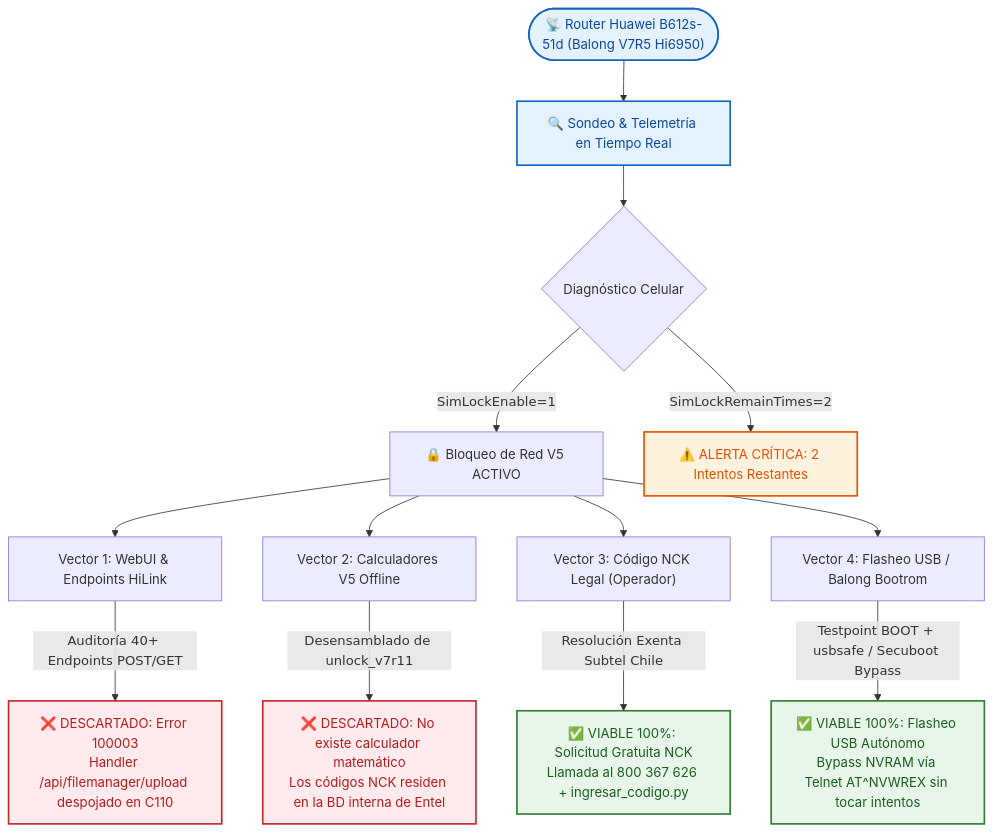
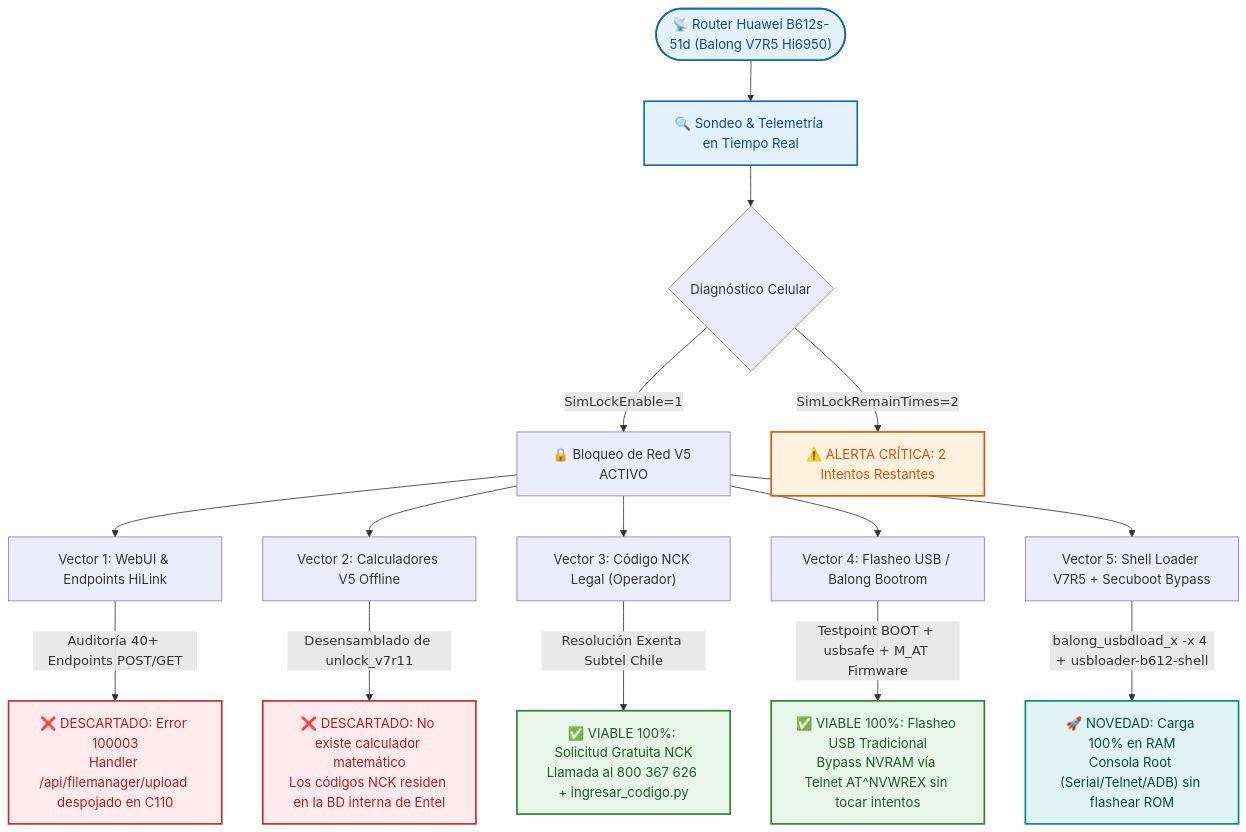
Before and after one commit to davidarellano210322-glitch/huawei-b612-unlock: the first of 3 diagrams in README.md, drawn with Mermaid. The commit also changed other lines of this file and 17 other files, not shown here.

Commit message:
Add Shell Loader V7R5 build suite, NVRAM Item 8268 real decode, Secuboot bypass tools and full backup docs

````diff
--- a/README.md
+++ b/README.md
@@ -44,32 +45,36 @@
 ```mermaid
 flowchart TD
     %% Nodos Principales
     Start(["📡 Router Huawei B612s-51d (Balong V7R5 Hi6950)"]) --> Scan["🔍 Sondeo & Telemetría en Tiempo Real"]
     
     Scan --> State{"Diagnóstico Celular"}
     State -->|"SimLockEnable=1"| Locked["🔒 Bloqueo de Red V5 ACTIVO"]
     State -->|"SimLockRemainTimes=2"| Warning["⚠️ ALERTA CRÍTICA: 2 Intentos Restantes"]
 
     Locked --> V1["Vector 1: WebUI & Endpoints HiLink"]
     Locked --> V2["Vector 2: Calculadores V5 Offline"]
     Locked --> V3["Vector 3: Código NCK Legal (Operador)"]
     Locked --> V4["Vector 4: Flasheo USB / Balong Bootrom"]
+    Locked --> V5["Vector 5: Shell Loader V7R5 + Secuboot Bypass"]
 
     %% Evaluacion de Vectores
     V1 -->|"Auditoría 40+ Endpoints POST/GET"| V1_Res["❌ DESCARTADO: Error 100003<br/>Handler /api/filemanager/upload despojado en C110"]
     V2 -->|"Desensamblado de unlock_v7r11"| V2_Res["❌ DESCARTADO: No existe calculador matemático<br/>Los códigos NCK residen en la BD interna de Entel"]
     V3 -->|"Resolución Exenta Subtel Chile"| V3_Res["✅ VIABLE 100%: Solicitud Gratuita NCK<br/>Llamada al 800 367 626 + ingresar_codigo.py"]
-    V4 -->|"Testpoint BOOT + usbsafe / Secuboot Bypass"| V4_Res["✅ VIABLE 100%: Flasheo USB Autónomo<br/>Bypass NVRAM vía Telnet AT^NVWREX sin tocar intentos"]
+    V4 -->|"Testpoint BOOT + usbsafe + M_AT Firmware"| V4_Res["✅ VIABLE 100%: Flasheo USB Tradicional<br/>Bypass NVRAM vía Telnet AT^NVWREX sin tocar intentos"]
+    V5 -->|"balong_usbdload_x -x 4 + usbloader-b612-shell"| V5_Res["🚀 NOVEDAD: Carga 100% en RAM<br/>Consola Root (Serial/Telnet/ADB) sin flashear ROM"]
 
     %% Estilos de Nodos
     classDef default font-family:Inter,sans-serif;
     classDef blocked fill:#ffebee,stroke:#c62828,stroke-width:2px,color:#b71c1c;
     classDef success fill:#e8f5e9,stroke:#2e7d32,stroke-width:2px,color:#1b5e20;
     classDef critical fill:#fff3e0,stroke:#e65100,stroke-width:2px,color:#e65100;
     classDef primary fill:#e3f2fd,stroke:#1565c0,stroke-width:2px,color:#0d47a1;
+    classDef elite fill:#e0f2f1,stroke:#00897b,stroke-width:2px,color:#004d40;
 
     class Start,Scan primary;
     class Warning critical;
     class V1_Res,V2_Res blocked;
     class V3_Res,V4_Res success;
+    class V5_Res elite;
 ```
````
